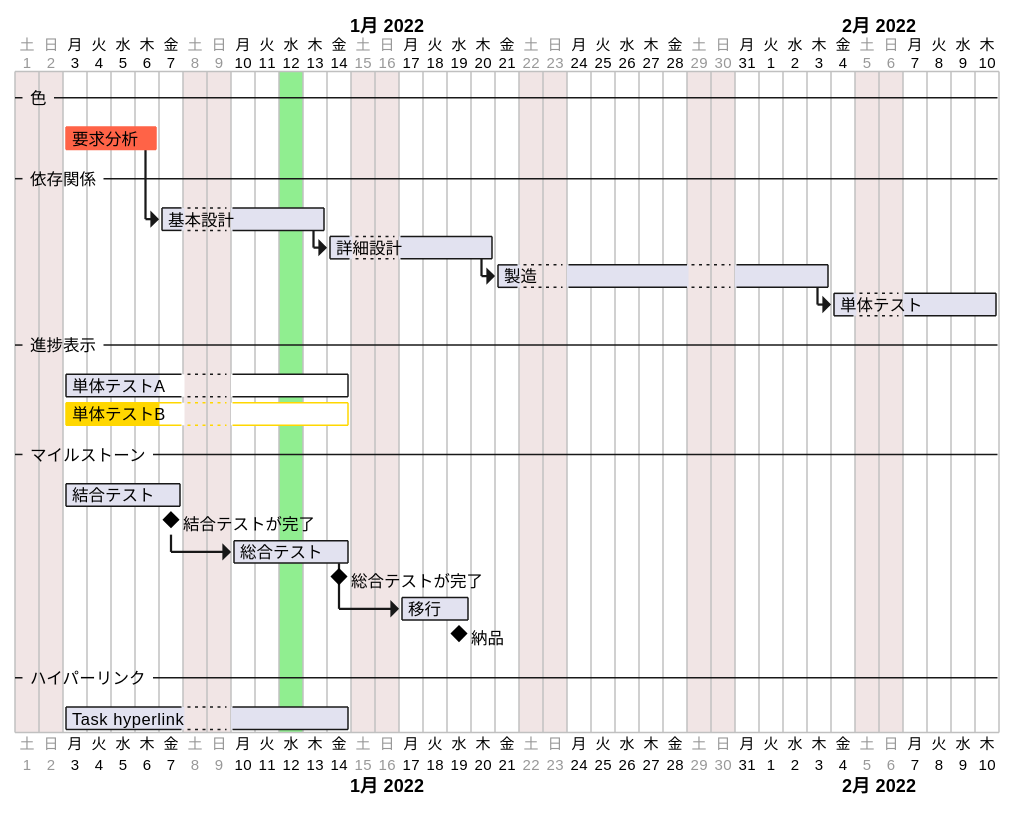
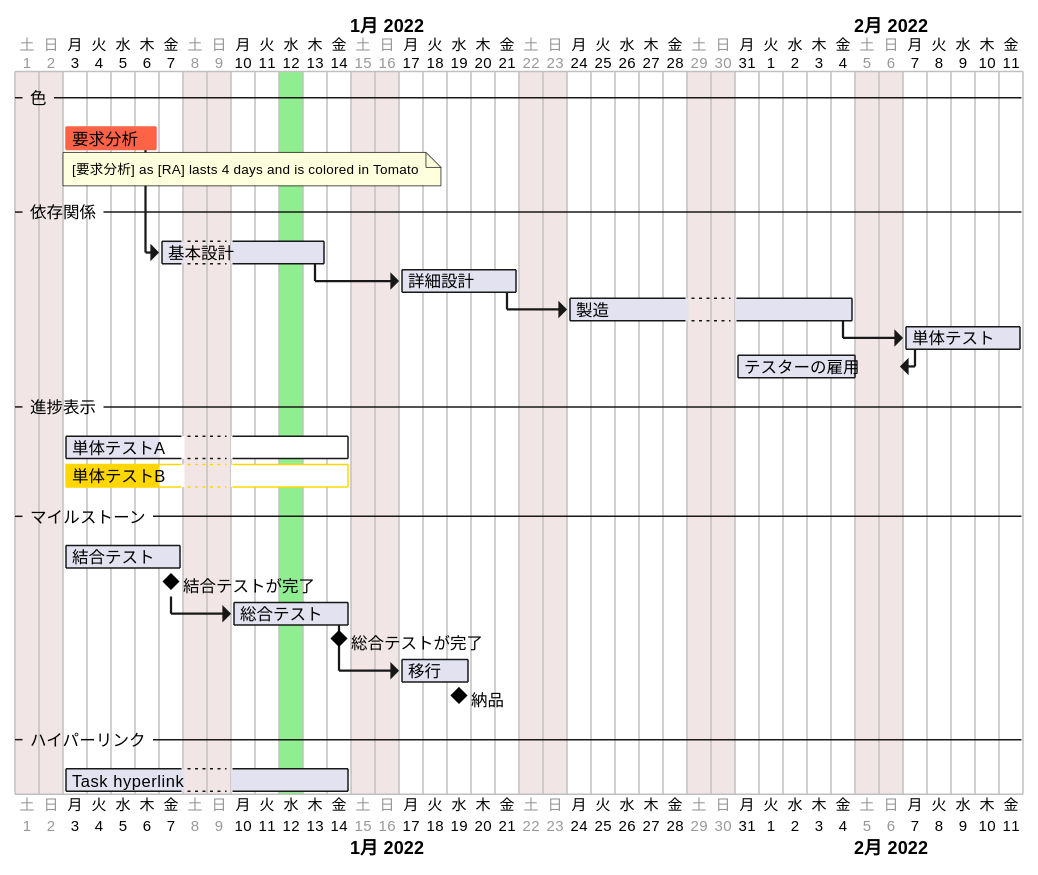
One commit to yzkn/PlantUML-CheatSheet changed the second of 4 diagrams in src/10-061-ガントチャート.md. Above: the diagram before and after it, drawn with PlantUML.

````diff
--- a/src/10-061-ガントチャート.md
+++ b/src/10-061-ガントチャート.md
@@ -82,54 +82,60 @@
 ```plantuml
 
 @startgantt
 
 language ja
 
 project starts the 2022/01/01
 
 saturday are closed
 sunday are closed
 
 -- 色 --
 
 [要求分析] as [RA] lasts 4 days and is colored in Tomato
 
+note bottom
+    [要求分析] as [RA] lasts 4 days and is colored in Tomato
+end note
+
 2022/01/12 is colored in LightGreen
 
 -- 依存関係 --
 
 [基本設計] lasts 1 week and starts at [RA]'s end
-[詳細設計] lasts 1 week and starts at [基本設計]'s end
+[詳細設計] lasts 1 week and starts 3 days after [基本設計]'s end
 then [製造] lasts 2 weeks
 
 [単体テスト] lasts 1 week
 [製造] -> [単体テスト]
+
+[テスターの雇用] lasts 5 days and ends at [単体テスト]'s start
 
 -- 進捗表示 --
 
 [単体テストA] lasts 2 weeks and is 40% completed
 [単体テストB] lasts 2 weeks and is 40% completed and is colored in Gold
 
 -- マイルストーン --
 
 [結合テスト] lasts 5 days
 [結合テストが完了] happens at [結合テスト]'s end
 [総合テスト] lasts 5 days
 [総合テスト] starts at [結合テストが完了]'s end
 
 [総合テストが完了] happens 2022-01-14
 [移行] lasts 3 days
 [移行] starts at [総合テスト]'s end
 
 ' 全タスク完了のマイルストーン
 [納品] happens at [結合テスト]'s end
 [納品] happens at [総合テスト]'s end
 [納品] happens at [移行]'s end
 
 -- ハイパーリンク --
 
 [Task hyperlink] lasts 10 days and links to [[https://plantuml.com/ja/gantt-diagram]]
 
 @endgantt
 
 ```
````
